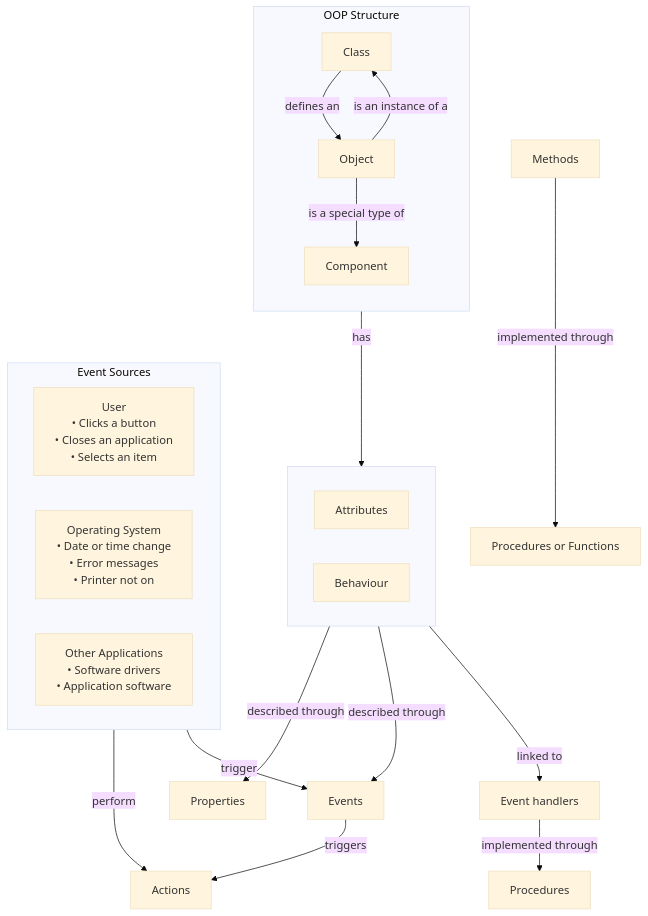
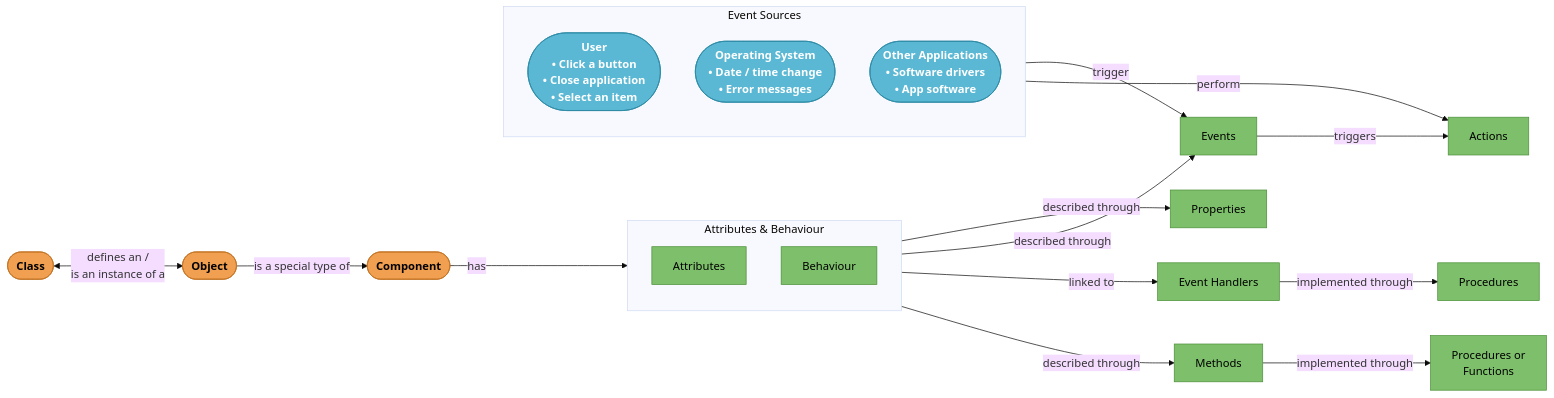
One commit to MrCooksIT/it-gateway changed the diagram in docs/theory/programming/programming-concepts.md. Above: the diagram before and after it, drawn with Mermaid (base theme). The commit also changed 3 other files, not shown here.

First line of the commit message:
Improve Mermaid diagrams: colours, shapes, and layout

````diff
--- a/docs/theory/programming/programming-concepts.md
+++ b/docs/theory/programming/programming-concepts.md
@@ -124,43 +124,47 @@
 ```mermaid
-flowchart TD
-    subgraph OOP["OOP Structure"]
+flowchart LR
+    classDef orange fill:#f0a050,stroke:#c07020,color:#000,font-weight:bold
+    classDef green  fill:#7dbf6a,stroke:#4a8f37,color:#000
+    classDef teal   fill:#5bb8d4,stroke:#2a88a4,color:#fff,font-weight:bold
+
+    CLASS(["Class"]):::orange
+    OBJ(["Object"]):::orange
+    COMP(["Component"]):::orange
+
+    CLASS <-->|"defines an /\nis an instance of a"| OBJ
+    OBJ -->|"is a special type of"| COMP
+
+    subgraph AB["Attributes & Behaviour"]
         direction TB
-        CLASS["Class"]
-        OBJ["Object"]
-        COMP["Component"]
-        CLASS -->|defines an| OBJ
-        OBJ -->|is an instance of a| CLASS
-        OBJ -->|is a special type of| COMP
-    end
-
-    subgraph AB["  "]
-        ATTR["Attributes"]
-        BEH["Behaviour"]
+        ATTR["Attributes"]:::green
+        BEH["Behaviour"]:::green
     end
 
     COMP -->|has| AB
 
-    PROP["Properties"]
-    EV["Events"]
-    EH["Event handlers"]
-    METH["Methods"]
-    ACTIONS["Actions"]
-    PROC["Procedures"]
-    PF["Procedures or Functions"]
+    PROP["Properties"]:::green
+    EV["Events"]:::green
+    EH["Event Handlers"]:::green
+    METH["Methods"]:::green
+    ACT["Actions"]:::green
+    PROC["Procedures"]:::green
+    PF["Procedures or\nFunctions"]:::green
 
     AB -->|described through| PROP
     AB -->|described through| EV
     AB -->|linked to| EH
+    AB -->|described through| METH
     EH -->|implemented through| PROC
     METH -->|implemented through| PF
-    EV -->|triggers| ACTIONS
+    EV -->|triggers| ACT
 
     subgraph SRC["Event Sources"]
-        USER["User\n• Clicks a button\n• Closes an application\n• Selects an item"]
-        OS["Operating System\n• Date or time change\n• Error messages\n• Printer not on"]
-        OTHER["Other Applications\n• Software drivers\n• Application software"]
+        direction TB
+        USER(["User\n• Click a button\n• Close application\n• Select an item"]):::teal
+        OS(["Operating System\n• Date / time change\n• Error messages"]):::teal
+        OTHER(["Other Applications\n• Software drivers\n• App software"]):::teal
     end
 
-    SRC -->|perform| ACTIONS
     SRC -->|trigger| EV
+    SRC -->|perform| ACT
 ```
````
